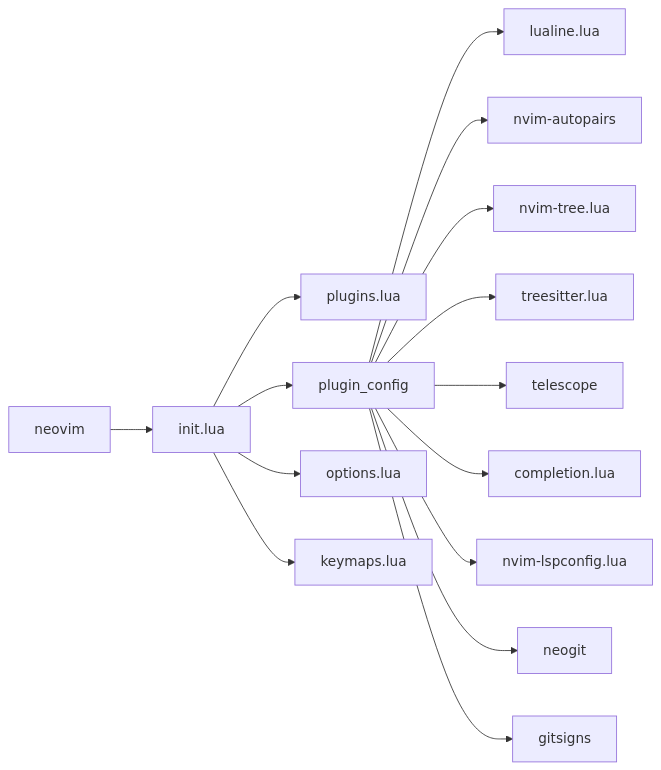
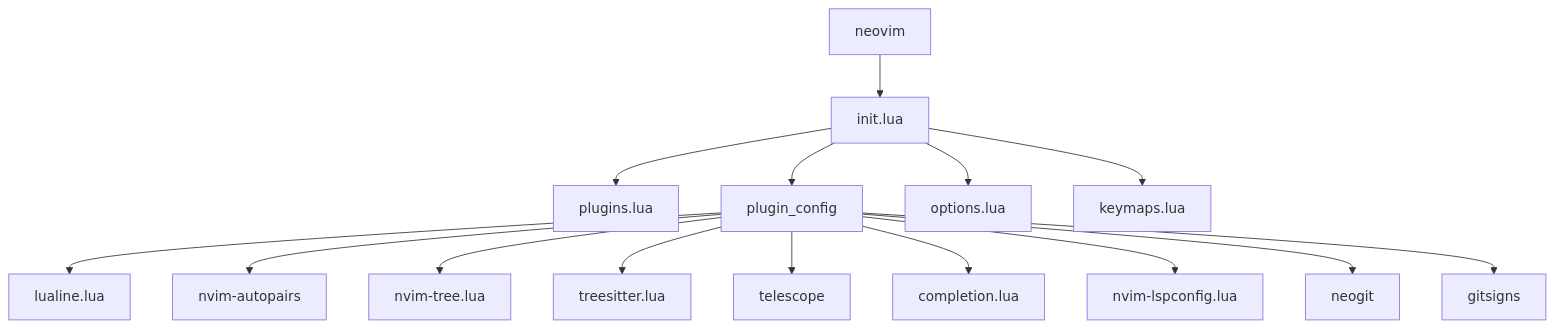
The diagram in README.md (jpnt/nvim-config), drawn with Mermaid before and after one commit.

````diff
--- a/README.md
+++ b/README.md
@@ -38,19 +38,19 @@
 ```mermaid
-graph LR;
+graph TD;
     neovim-->init.lua;
 
     init.lua-->plugins.lua;
     init.lua-->plugin_config;
     init.lua-->options.lua;
     init.lua-->keymaps.lua;
 
     plugin_config-->lualine.lua;
     plugin_config-->nvim-autopairs;
     plugin_config-->nvim-tree.lua;
     plugin_config-->treesitter.lua;
     plugin_config-->telescope;
     plugin_config-->completion.lua;
     plugin_config-->nvim-lspconfig.lua;
     plugin_config-->neogit;
     plugin_config-->gitsigns;
 ```
````
